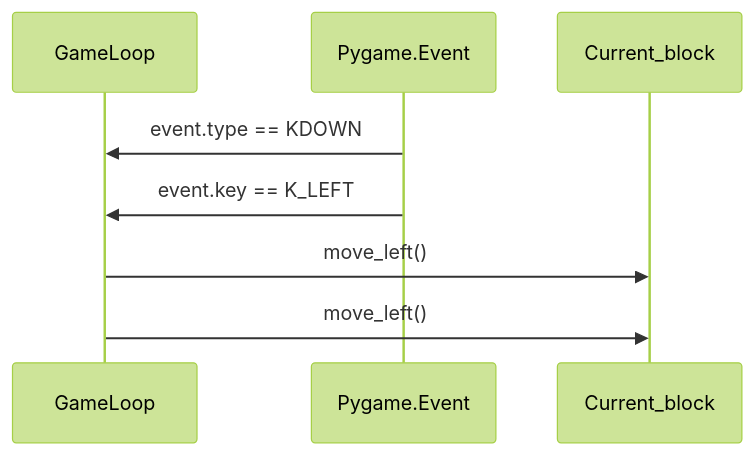
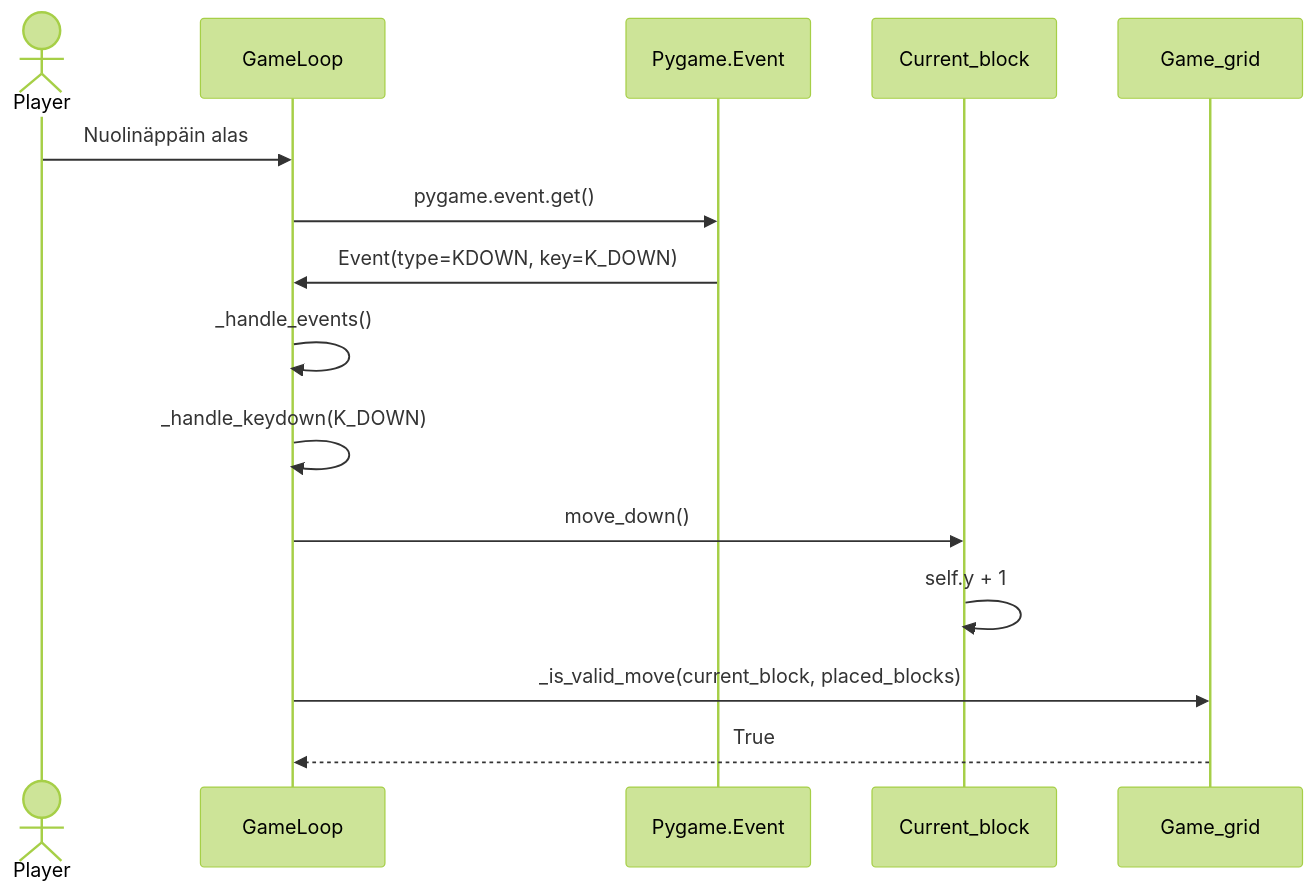
The second of 2 diagrams in dokumentaatio/arkkitehtuuri.md (smannist/ot2023), drawn with Mermaid (forest theme) before and after one commit. The commit also changed other lines of this file, not shown here.

````diff
--- a/dokumentaatio/arkkitehtuuri.md
+++ b/dokumentaatio/arkkitehtuuri.md
@@ -67,11 +81,18 @@
 ```mermaid
 sequenceDiagram 
+  actor Player
   participant GameLoop
   participant Pygame.Event
   participant Current_block
-
-  Pygame.Event->>GameLoop: event.type == KDOWN
-  Pygame.Event->>GameLoop: event.key == K_LEFT
-  GameLoop->>Current_block: move_left()
-  GameLoop->>Current_block: move_left()
+  participant Game_grid
+ 
+  Player->>GameLoop: Nuolinäppäin alas
+  GameLoop->>Pygame.Event: pygame.event.get()
+  Pygame.Event->>GameLoop: Event(type=KDOWN, key=K_DOWN)
+  GameLoop->>GameLoop: _handle_events()
+  GameLoop->>GameLoop: _handle_keydown(K_DOWN)
+  GameLoop->>Current_block: move_down()
+  Current_block->>Current_block: self.y + 1
+  GameLoop->>Game_grid: _is_valid_move(current_block, placed_blocks)
+  Game_grid-->>GameLoop: True
 ```
````
